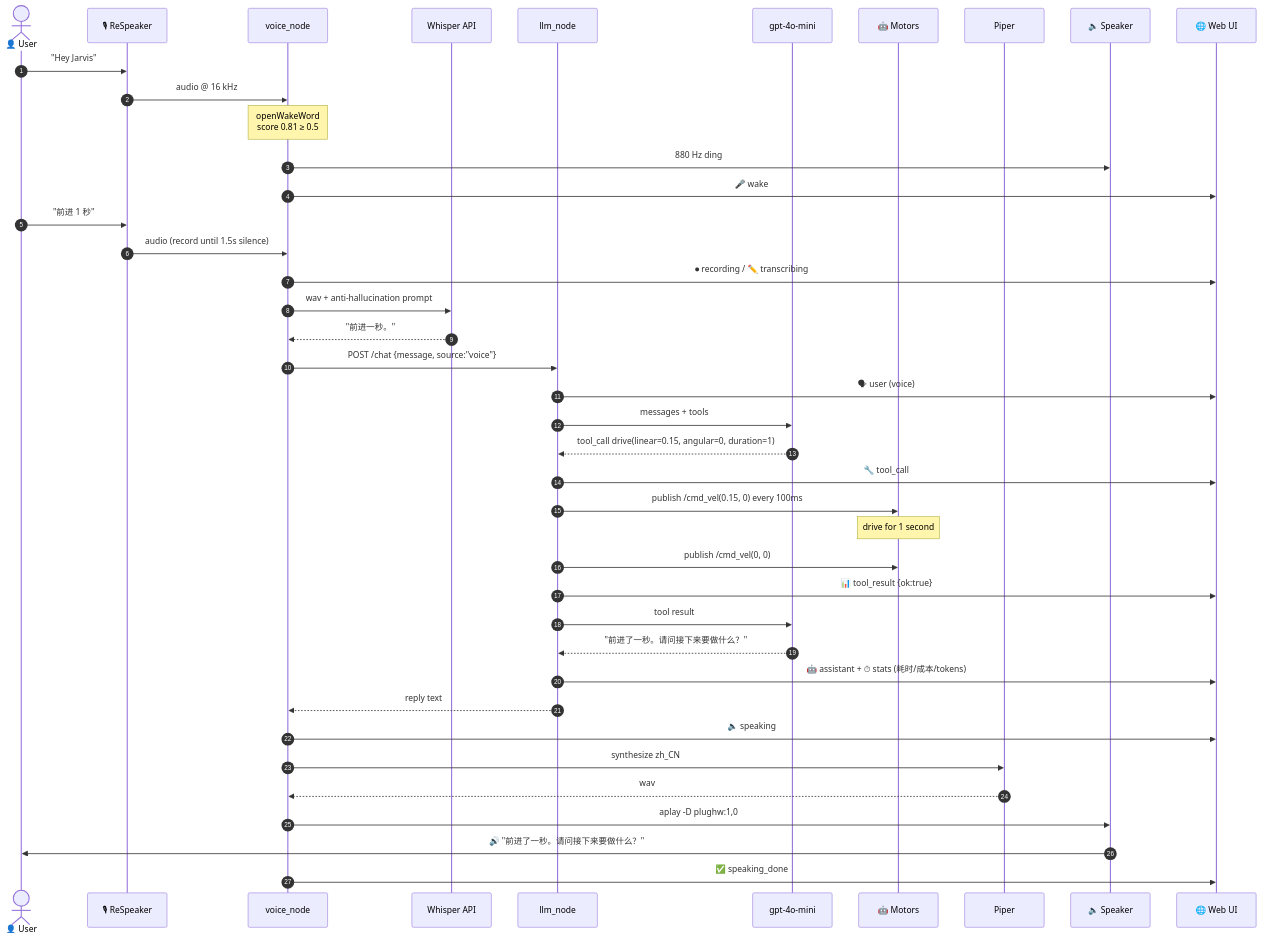
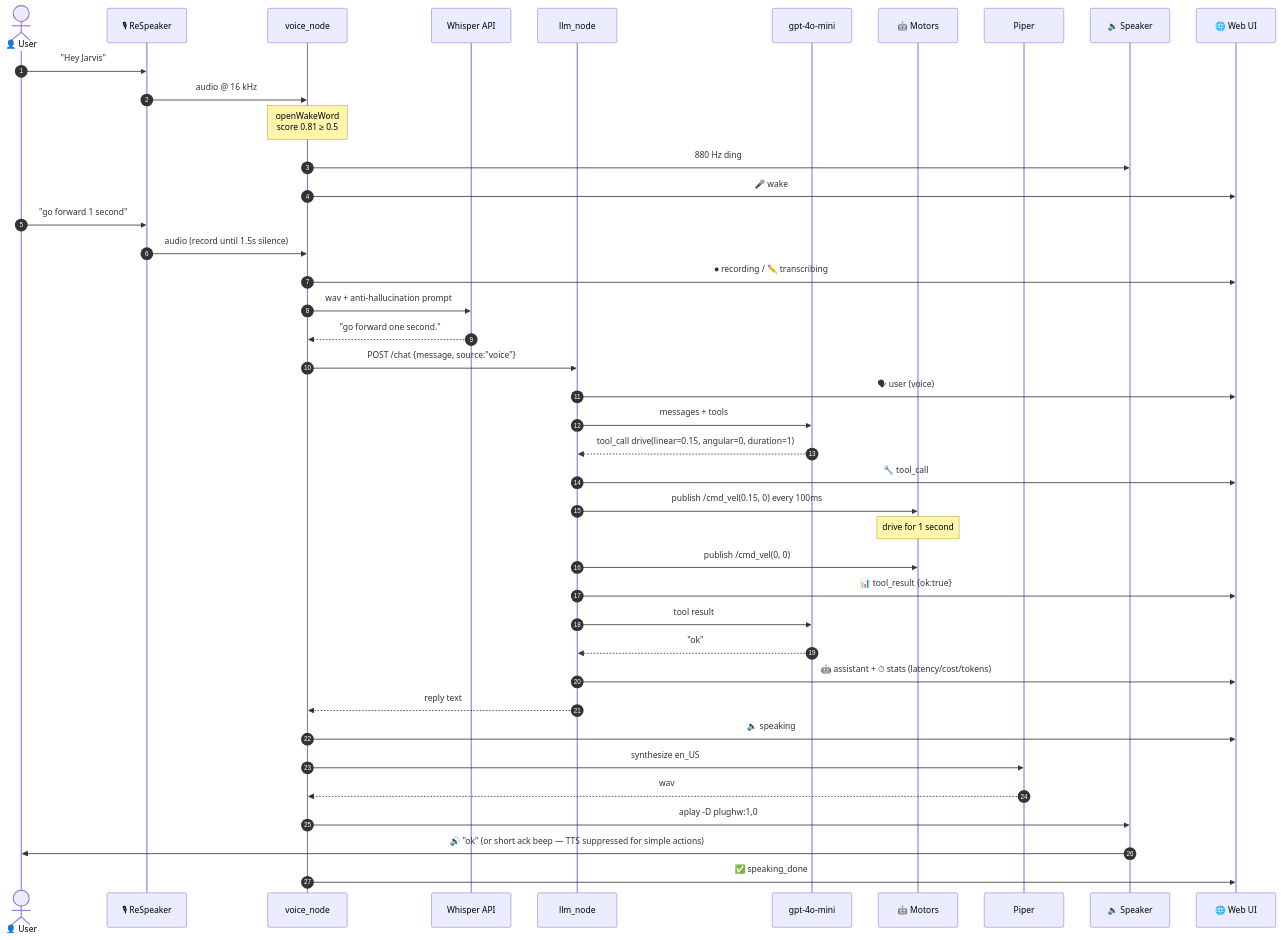
The second of 2 diagrams in src/desktorobo/llm_robot_control/README.md (IRL-CT/desktoprobo), drawn with Mermaid before and after one commit. The commit also changed other lines of this file, not shown here.

````diff
--- a/src/desktorobo/llm_robot_control/README.md
+++ b/src/desktorobo/llm_robot_control/README.md
@@ -113,48 +113,48 @@
 ```mermaid
 sequenceDiagram
     autonumber
     actor U as 👤 User
     participant Mic as 🎙 ReSpeaker
     participant V as voice_node
     participant W as Whisper API
     participant L as llm_node
     participant G as gpt-4o-mini
     participant Mot as 🤖 Motors
     participant TTS as Piper
     participant Spk as 🔈 Speaker
     participant UI as 🌐 Web UI
 
     U->>Mic: "Hey Jarvis"
     Mic->>V: audio @ 16 kHz
     Note over V: openWakeWord<br/>score 0.81 ≥ 0.5
     V->>Spk: 880 Hz ding
     V->>UI: 🎤 wake
 
-    U->>Mic: "前进 1 秒"
+    U->>Mic: "go forward 1 second"
     Mic->>V: audio (record until 1.5s silence)
     V->>UI: ⏺ recording / ✏️ transcribing
     V->>W: wav + anti-hallucination prompt
-    W-->>V: "前进一秒。"
+    W-->>V: "go forward one second."
     V->>L: POST /chat {message, source:"voice"}
     L->>UI: 🗣 user (voice)
 
     L->>G: messages + tools
     G-->>L: tool_call drive(linear=0.15, angular=0, duration=1)
     L->>UI: 🔧 tool_call
     L->>Mot: publish /cmd_vel(0.15, 0) every 100ms
     Note over Mot: drive for 1 second
     L->>Mot: publish /cmd_vel(0, 0)
     L->>UI: 📊 tool_result {ok:true}
 
     L->>G: tool result
-    G-->>L: "前进了一秒。请问接下来要做什么？"
-    L->>UI: 🤖 assistant + ⏱ stats (耗时/成本/tokens)
+    G-->>L: "ok"
+    L->>UI: 🤖 assistant + ⏱ stats (latency/cost/tokens)
     L-->>V: reply text
 
     V->>UI: 🔈 speaking
-    V->>TTS: synthesize zh_CN
+    V->>TTS: synthesize en_US
     TTS-->>V: wav
     V->>Spk: aplay -D plughw:1,0
-    Spk->>U: 🔊 "前进了一秒。请问接下来要做什么？"
+    Spk->>U: 🔊 "ok"  (or short ack beep — TTS suppressed for simple actions)
     V->>UI: ✅ speaking_done
 ```
````
